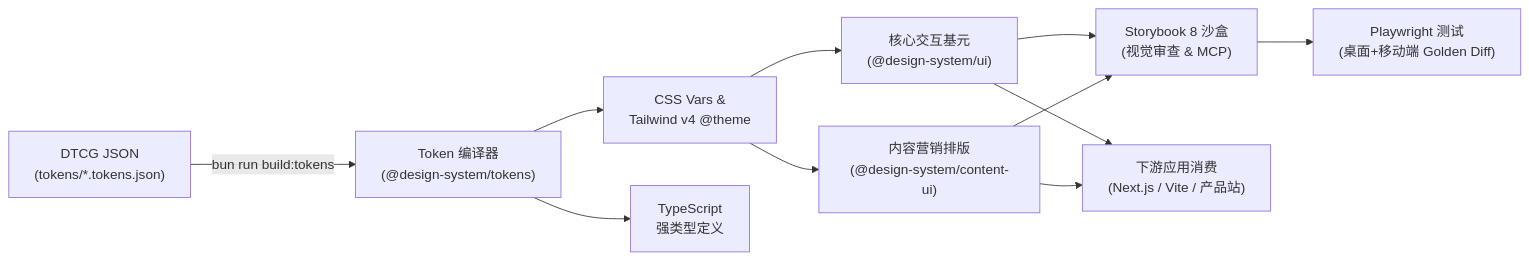
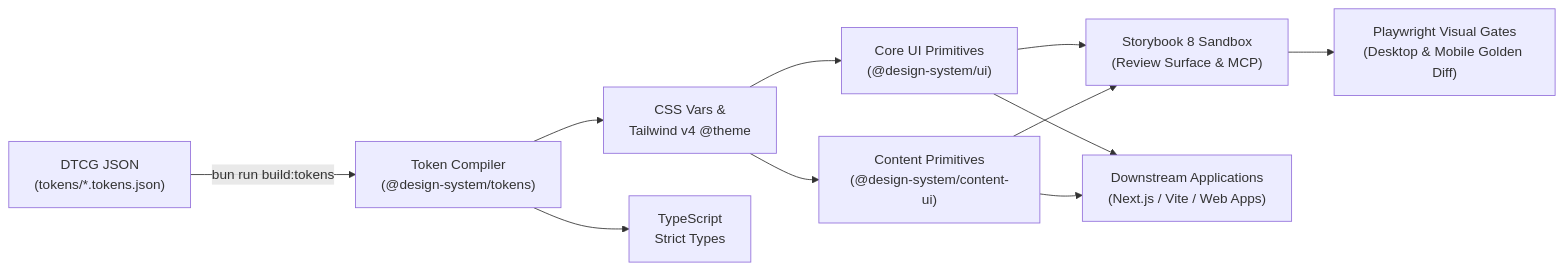
Before and after one commit to Victory-7291/design-system-template: the first of 2 diagrams in README.md, drawn with Mermaid. The commit also changed other lines of this file, not shown here.

````diff
--- a/README.md
+++ b/README.md
@@ -36,23 +63,23 @@
 ```mermaid
 flowchart LR
   DTCG["DTCG JSON<br/>(tokens/*.tokens.json)"]
-  Compiler["Token 编译器<br/>(@design-system/tokens)"]
+  Compiler["Token Compiler<br/>(@design-system/tokens)"]
   CSS["CSS Vars &<br/>Tailwind v4 @theme"]
-  TS["TypeScript<br/>强类型定义"]
-  UI["核心交互基元<br/>(@design-system/ui)"]
-  ContentUI["内容营销排版<br/>(@design-system/content-ui)"]
-  SB["Storybook 8 沙盒<br/>(视觉审查 & MCP)"]
-  PW["Playwright 测试<br/>(桌面+移动端 Golden Diff)"]
-  Apps["下游应用消费<br/>(Next.js / Vite / 产品站)"]
+  TS["TypeScript<br/>Strict Types"]
+  UI["Core UI Primitives<br/>(@design-system/ui)"]
+  ContentUI["Content Primitives<br/>(@design-system/content-ui)"]
+  SB["Storybook 8 Sandbox<br/>(Review Surface & MCP)"]
+  PW["Playwright Visual Gates<br/>(Desktop & Mobile Golden Diff)"]
+  Apps["Downstream Applications<br/>(Next.js / Vite / Web Apps)"]
 
   DTCG -->|bun run build:tokens| Compiler
   Compiler --> CSS
   Compiler --> TS
   CSS --> UI
   CSS --> ContentUI
   UI --> SB
   ContentUI --> SB
   SB --> PW
   UI --> Apps
   ContentUI --> Apps
 ```
````
